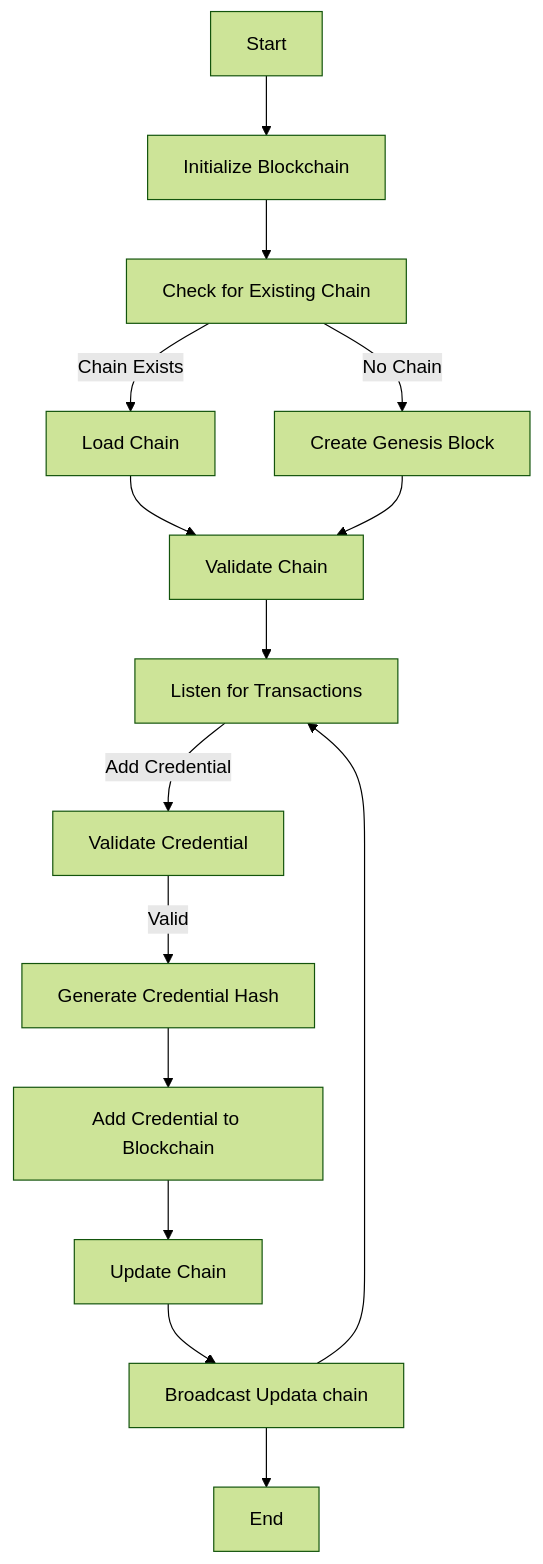
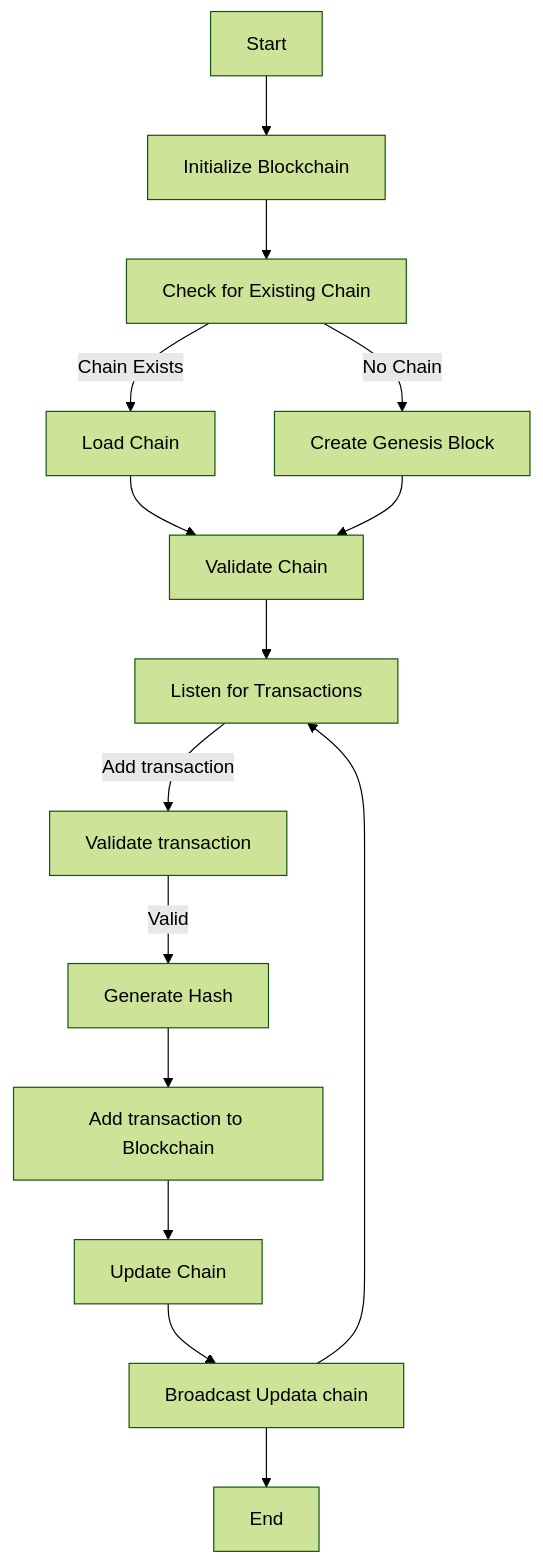
One commit to TsoiEn/softEng changed the diagram in README.md. Above: the diagram before and after it, drawn with Mermaid (forest theme). The commit also changed other lines of this file and 1 other file, not shown here.

Commit message:
update admin

````diff
--- a/README.md
+++ b/README.md
@@ -4,17 +4,17 @@
 ```mermaid
 flowchart TD
     A[Start] --> B[Initialize Blockchain]
     B --> C[Check for Existing Chain]
     C --> |Chain Exists| D[Load Chain]
     C --> |No Chain| E[Create Genesis Block]
     D --> F[Validate Chain]
     E --> F
     F --> G[Listen for Transactions]
-    G --> |Add Credential| H[Validate Credential]
-    H --> |Valid| I[Generate Credential Hash]
-    I --> J[Add Credential to Blockchain]
+    G --> |Add transaction| H[Validate transaction]
+    H --> |Valid| I[Generate Hash]
+    I --> J[Add transaction to Blockchain]
     J --> K[Update Chain]
     K --> L[Broadcast Updata chain]
     L --> G
     L --> M[End]
 ```
````
